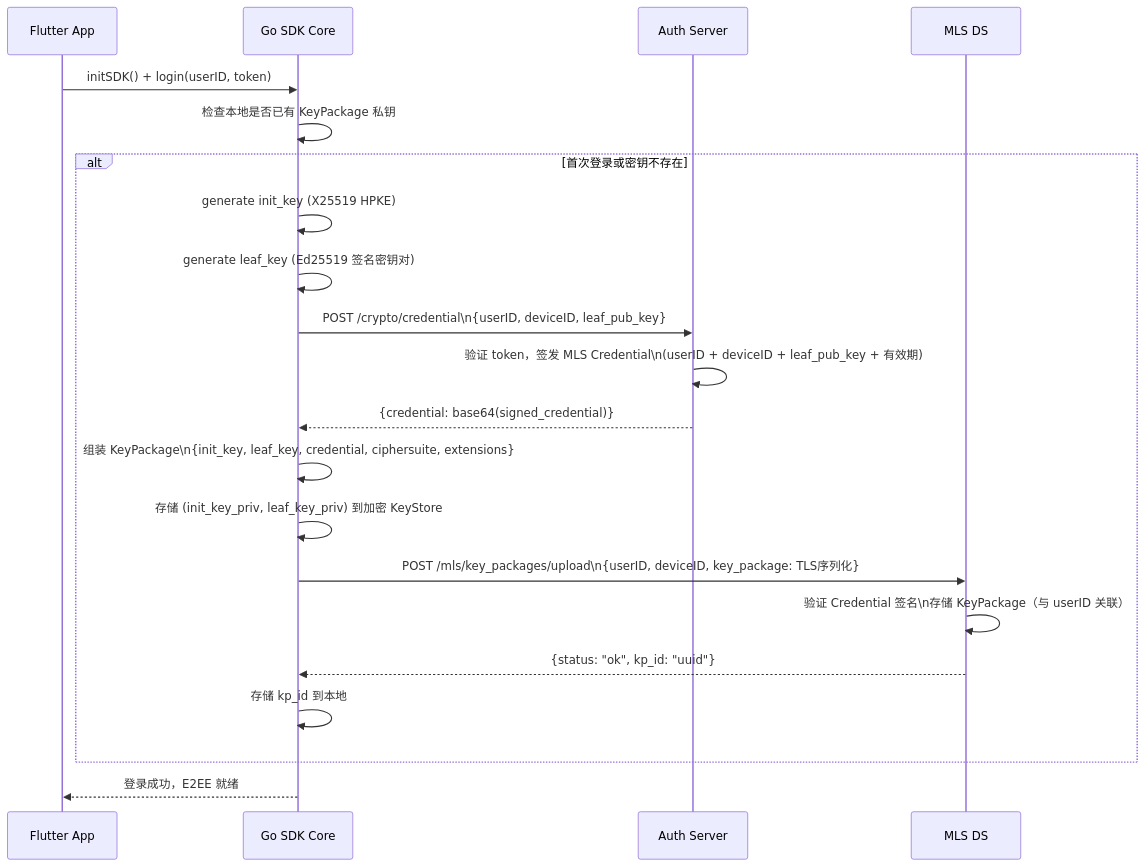
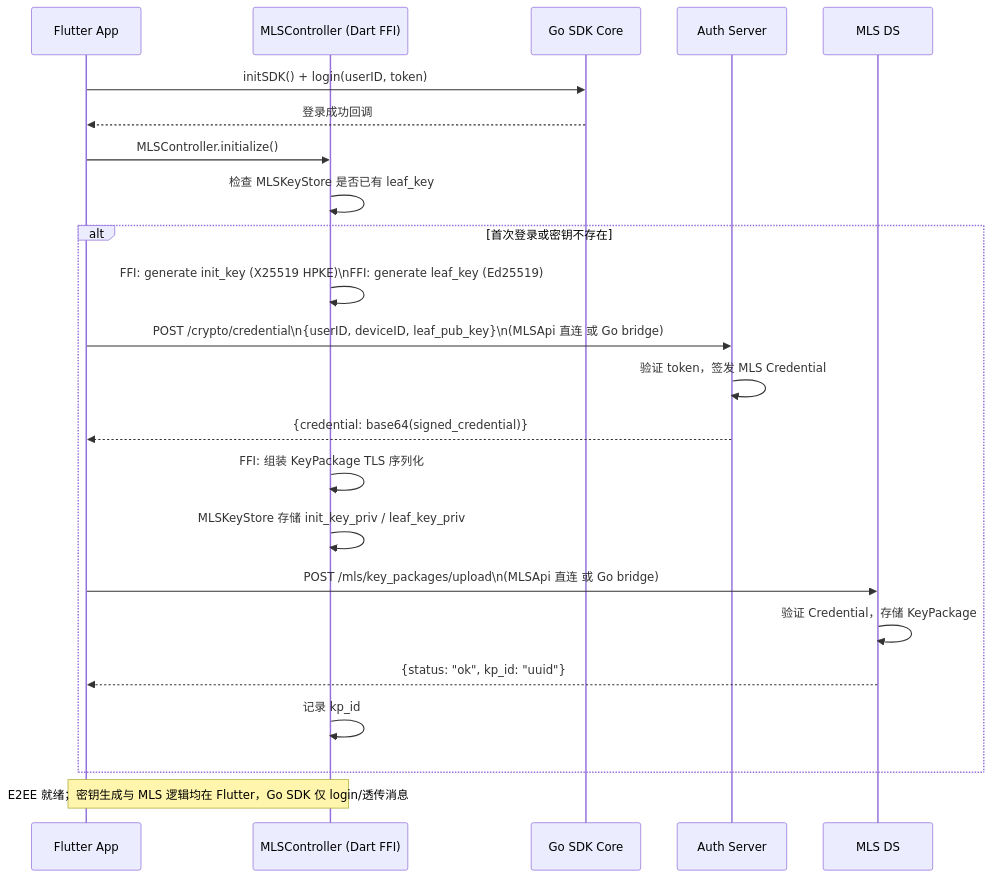
The first of 9 diagrams in e2ee-openmls-design.md (sok-im/open-im-server-origin), drawn with Mermaid before and after one commit. The commit also changed other lines of this file and 10 other files, not shown here.

````diff
--- a/e2ee-openmls-design.md
+++ b/e2ee-openmls-design.md
@@ -151,24 +160,26 @@
 ```mermaid
 sequenceDiagram
     participant App as Flutter App
+    participant MLS as MLSController (Dart FFI)
     participant SDK as Go SDK Core
     participant Auth as Auth Server
     participant DS as MLS DS
 
     App->>SDK: initSDK() + login(userID, token)
-    SDK->>SDK: 检查本地是否已有 KeyPackage 私钥
+    SDK-->>App: 登录成功回调
+    App->>MLS: MLSController.initialize()
+    MLS->>MLS: 检查 MLSKeyStore 是否已有 leaf_key
     alt 首次登录或密钥不存在
-        SDK->>SDK: generate init_key (X25519 HPKE)
-        SDK->>SDK: generate leaf_key (Ed25519 签名密钥对)
-        SDK->>Auth: POST /crypto/credential\n{userID, deviceID, leaf_pub_key}
-        Auth->>Auth: 验证 token，签发 MLS Credential\n(userID + deviceID + leaf_pub_key + 有效期)
-        Auth-->>SDK: {credential: base64(signed_credential)}
-        SDK->>SDK: 组装 KeyPackage\n{init_key, leaf_key, credential, ciphersuite, extensions}
-        SDK->>SDK: 存储 (init_key_priv, leaf_key_priv) 到加密 KeyStore
-        SDK->>DS: POST /mls/key_packages/upload\n{userID, deviceID, key_package: TLS序列化}
-        DS->>DS: 验证 Credential 签名\n存储 KeyPackage（与 userID 关联）
-        DS-->>SDK: {status: "ok", kp_id: "uuid"}
-        SDK->>SDK: 存储 kp_id 到本地
+        MLS->>MLS: FFI: generate init_key (X25519 HPKE)\nFFI: generate leaf_key (Ed25519)
+        App->>Auth: POST /crypto/credential\n{userID, deviceID, leaf_pub_key}\n(MLSApi 直连 或 Go bridge)
+        Auth->>Auth: 验证 token，签发 MLS Credential
+        Auth-->>App: {credential: base64(signed_credential)}
+        MLS->>MLS: FFI: 组装 KeyPackage TLS 序列化
+        MLS->>MLS: MLSKeyStore 存储 init_key_priv / leaf_key_priv
+        App->>DS: POST /mls/key_packages/upload\n(MLSApi 直连 或 Go bridge)
+        DS->>DS: 验证 Credential，存储 KeyPackage
+        DS-->>App: {status: "ok", kp_id: "uuid"}
+        MLS->>MLS: 记录 kp_id
     end
-    SDK-->>App: 登录成功，E2EE 就绪
+    Note over App,MLS: E2EE 就绪；密钥生成与 MLS 逻辑均在 Flutter，Go SDK 仅 login/透传消息
 ```
````
